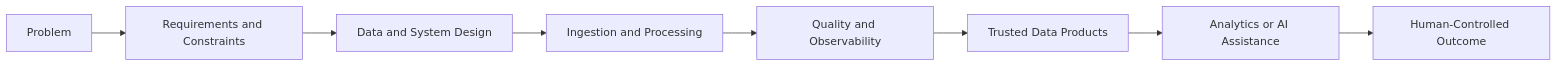
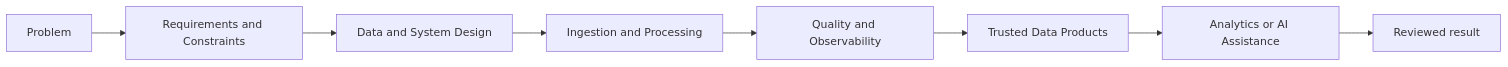
The diagram in README.md (SouravKh-7/git_portfolio), drawn with Mermaid before and after one commit. The commit also changed other lines of this file and 38 other files, not shown here.

````diff
--- a/README.md
+++ b/README.md
@@ -56,10 +56,10 @@
 ```mermaid
 flowchart LR
     A[Problem] --> B[Requirements and Constraints]
     B --> C[Data and System Design]
     C --> D[Ingestion and Processing]
     D --> E[Quality and Observability]
     E --> F[Trusted Data Products]
     F --> G[Analytics or AI Assistance]
-    G --> H[Human-Controlled Outcome]
+    G --> H[Reviewed result]
 ```
````
